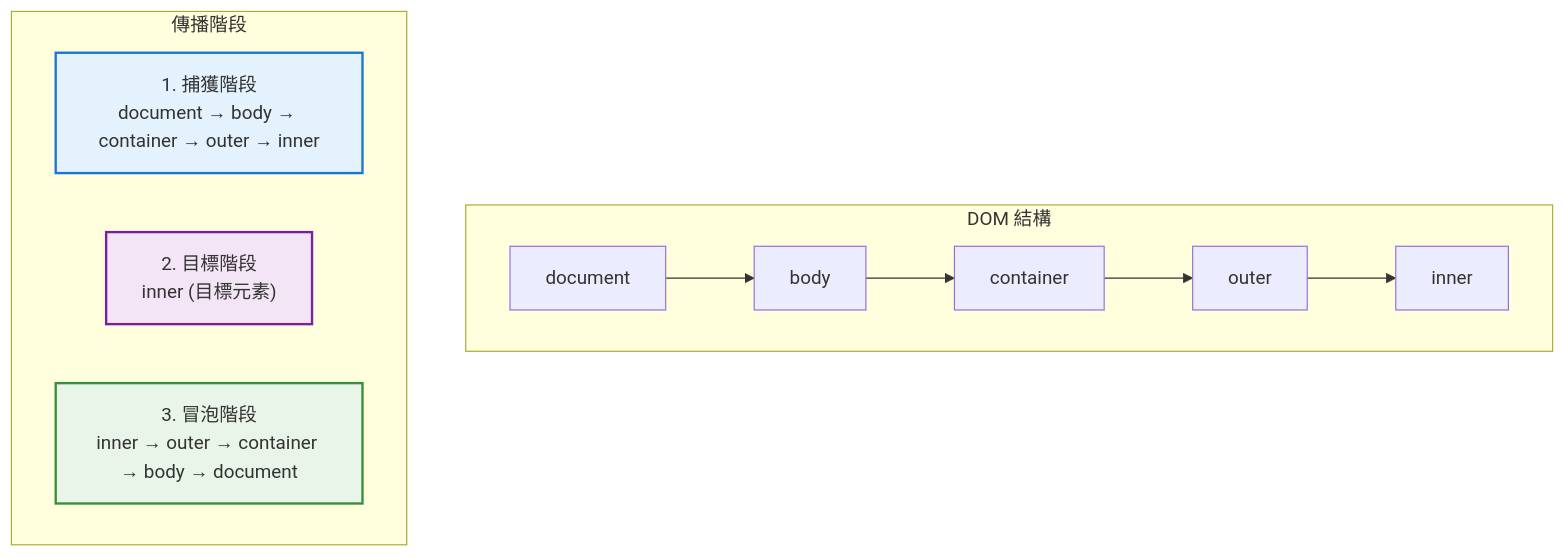
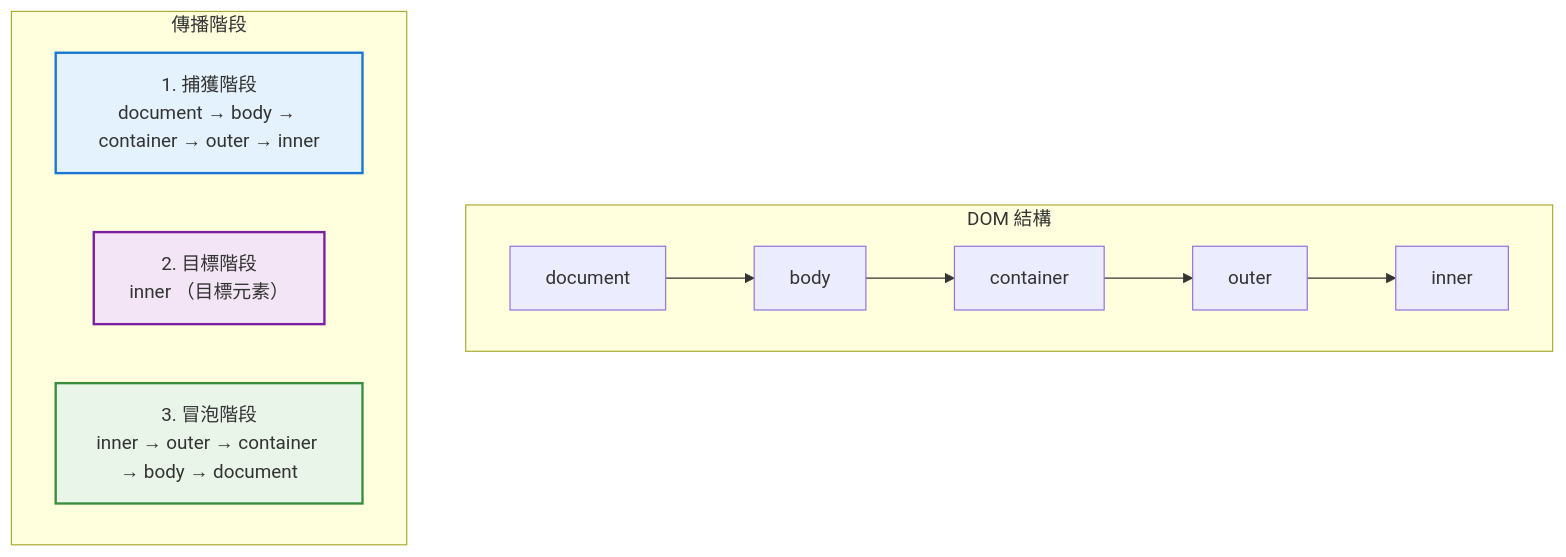
The fourth of 5 diagrams in source/_posts/lokiTech-js-baseclass-3.md (summer10920/summer10920.github.io), drawn with Mermaid before and after one commit. The commit also changed other lines of this file, not shown here.

```diff
--- a/source/_posts/lokiTech-js-baseclass-3.md
+++ b/source/_posts/lokiTech-js-baseclass-3.md
@@ -1396,23 +1368,23 @@
 {% mermaid graph TD %}
 subgraph EventFlow["DOM 結構"]
   Document["document"]
   Body["body"]
   Container["container"]
   Outer["outer"]
   Inner["inner"]
   
   Document --> Body
   Body --> Container
   Container --> Outer
   Outer --> Inner
 end
 subgraph Phases["傳播階段"]
   Phase1["1. 捕獲階段<br/>document → body → container → outer → inner"]
-  Phase2["2. 目標階段<br/>inner (目標元素)"]
+  Phase2["2. 目標階段<br/>inner （目標元素）"]
   Phase3["3. 冒泡階段<br/>inner → outer → container → body → document"]
 end
 
 style Phase1 fill:#e3f2fd,stroke:#1976d2,stroke-width:2px
 style Phase2 fill:#f3e5f5,stroke:#7b1fa2,stroke-width:2px
 style Phase3 fill:#e8f5e8,stroke:#388e3c,stroke-width:2px
 {% endmermaid %}
```
